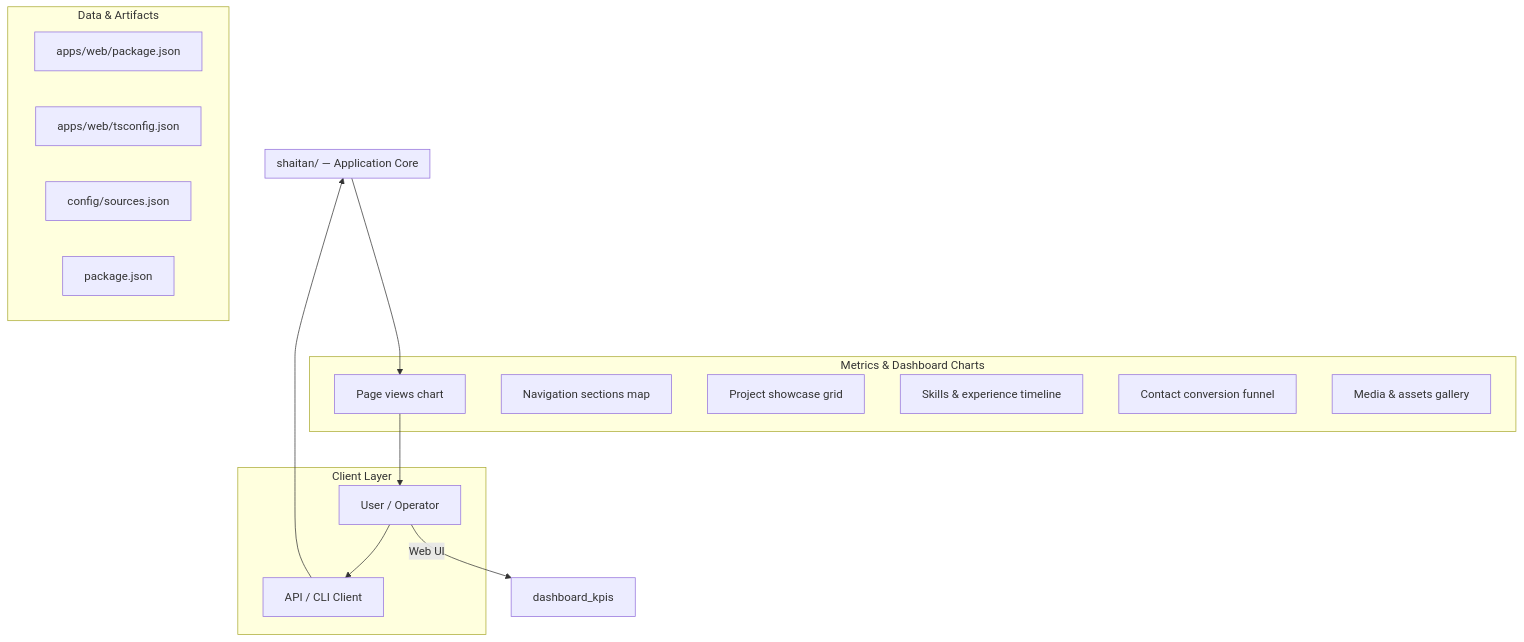
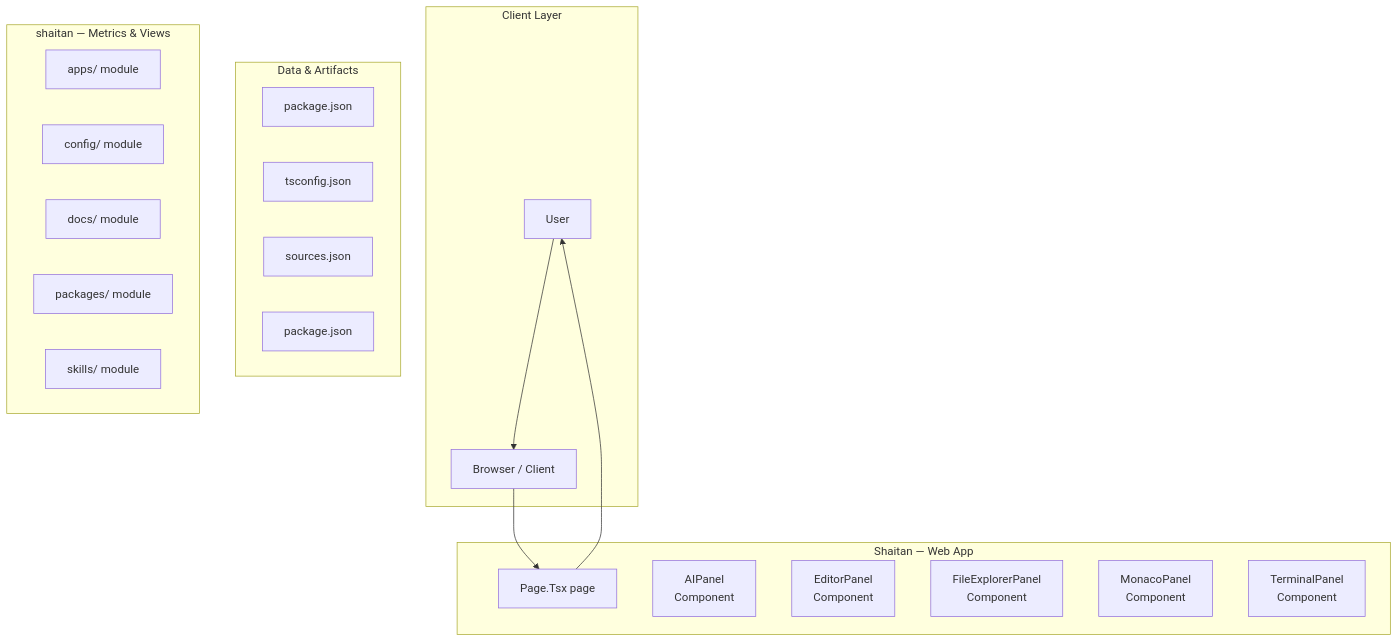
The first of 4 diagrams in README.md (Punyamittal/shaitan), drawn with Mermaid before and after one commit. The commit also changed other lines of this file, not shown here.

````diff
--- a/README.md
+++ b/README.md
@@ -295,32 +295,36 @@
 ```mermaid
 graph TB
     subgraph Client["Client Layer"]
-        user["User / Operator"]
-        api_client["API / CLI Client"]
+        user["User"]
+        browser["Browser / Client"]
     end
 
-    subgraph Core["shaitan/ — Application Core"]
+    subgraph Core["Shaitan — Web App"]
+        page_tsx["Page.Tsx<br/>/page.tsx"]
+        AIPanel["AIPanel<br/>Component"]
+        EditorPanel["EditorPanel<br/>Component"]
+        FileExplorerPanel["FileExplorerPanel<br/>Component"]
+        MonacoPanel["MonacoPanel<br/>Component"]
+        TerminalPanel["TerminalPanel<br/>Component"]
     end
 
     subgraph Data["Data & Artifacts"]
-        d0["apps/web/package.json"]
-        d1["apps/web/tsconfig.json"]
-        d2["config/sources.json"]
+        d0["package.json"]
+        d1["tsconfig.json"]
+        d2["sources.json"]
         d3["package.json"]
     end
 
-    subgraph Charts["Metrics & Dashboard Charts"]
-        page_views["Page views chart"]
-        nav_sections["Navigation sections map"]
-        project_showcase["Project showcase grid"]
-        skills_timeline["Skills & experience timeline"]
-        contact_funnel["Contact conversion funnel"]
-        media_gallery["Media & assets gallery"]
+    subgraph Charts["shaitan — Metrics & Views"]
+        page_tsx["Page.Tsx page"]
+        apps["apps/ module"]
+        config["config/ module"]
+        docs["docs/ module"]
+        packages["packages/ module"]
+        skills["skills/ module"]
     end
 
-    user --> api_client
-    api_client --> Core
-    user -->|Web UI| dashboard_kpis
-    Core --> page_views
-    page_views --> user
+    user --> browser
+    browser --> page_tsx
+    page_tsx --> user
 ```
````
